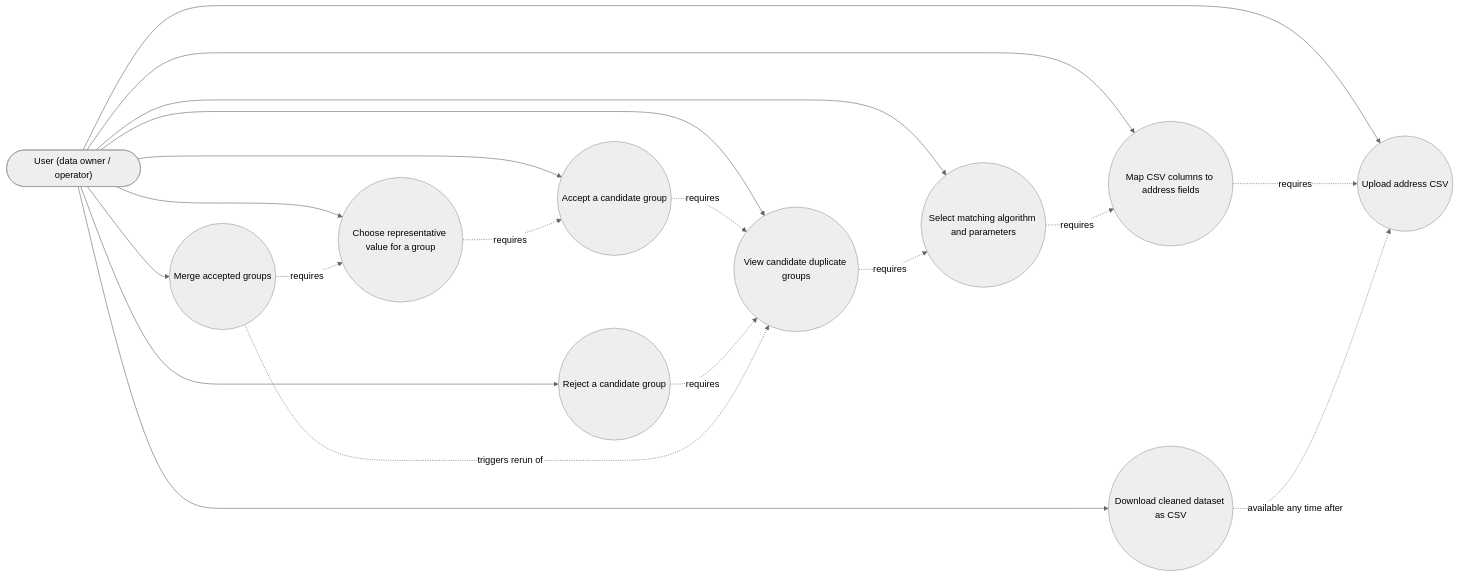
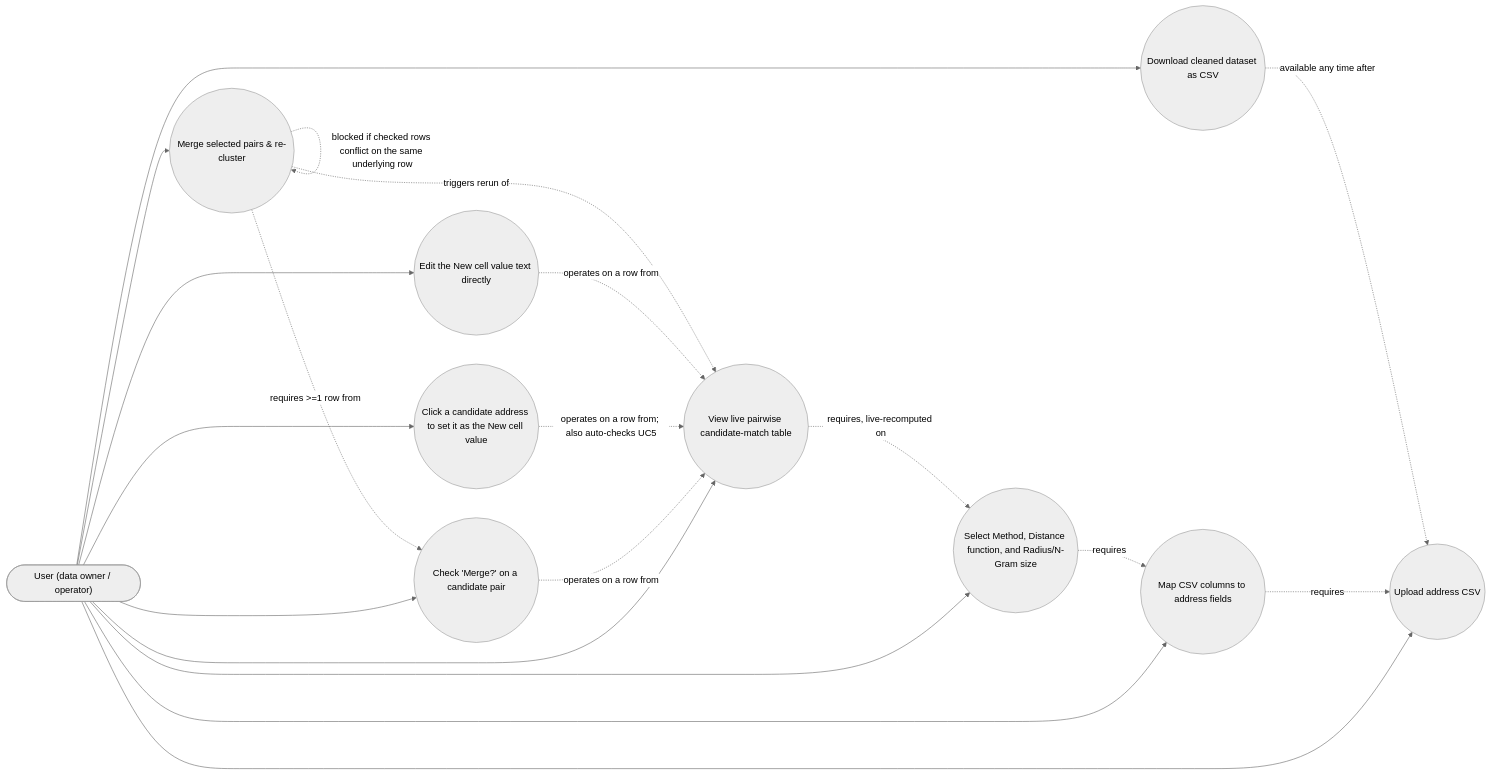
The diagram in docs/ba/diagrams/use-case-diagram.md (hoanghaithanh/AddressRefine), drawn with Mermaid (neutral theme) before and after one commit. The commit also changed other lines of this file and 40 other files, not shown here.

First line of the commit message:
M4: combine algorithm/results into one live page with pairwise merge-review

````diff
--- a/docs/ba/diagrams/use-case-diagram.md
+++ b/docs/ba/diagrams/use-case-diagram.md
@@ -11,34 +16,35 @@
 ```mermaid
 flowchart LR
     User(["User (data owner / operator)"])
 
     UC1(("Upload address CSV"))
     UC2(("Map CSV columns to address fields"))
-    UC3(("Select matching algorithm and parameters"))
-    UC4(("View candidate duplicate groups"))
-    UC5(("Accept a candidate group"))
-    UC6(("Reject a candidate group"))
-    UC7(("Choose representative value for a group"))
-    UC8(("Merge accepted groups"))
+    UC3(("Select Method, Distance function, and Radius/N-Gram size"))
+    UC4(("View live pairwise candidate-match table"))
+    UC5(("Check 'Merge?' on a candidate pair"))
+    UC6(("Click a candidate address to set it as the New cell value"))
+    UC7(("Edit the New cell value text directly"))
+    UC8(("Merge selected pairs & re-cluster"))
     UC9(("Download cleaned dataset as CSV"))
 
     User --> UC1
     User --> UC2
     User --> UC3
     User --> UC4
     User --> UC5
     User --> UC6
     User --> UC7
     User --> UC8
     User --> UC9
 
     UC2 -. "requires" .-> UC1
     UC3 -. "requires" .-> UC2
-    UC4 -. "requires" .-> UC3
-    UC5 -. "requires" .-> UC4
-    UC6 -. "requires" .-> UC4
-    UC7 -. "requires" .-> UC5
-    UC8 -. "requires" .-> UC7
+    UC4 -. "requires, live-recomputed on" .-> UC3
+    UC5 -. "operates on a row from" .-> UC4
+    UC6 -. "operates on a row from; also auto-checks UC5" .-> UC4
+    UC7 -. "operates on a row from" .-> UC4
+    UC8 -. "requires >=1 row from" .-> UC5
+    UC8 -. "blocked if checked rows conflict on the same underlying row" .-> UC8
     UC8 -. "triggers rerun of" .-> UC4
     UC9 -. "available any time after" .-> UC1
 ```
````
